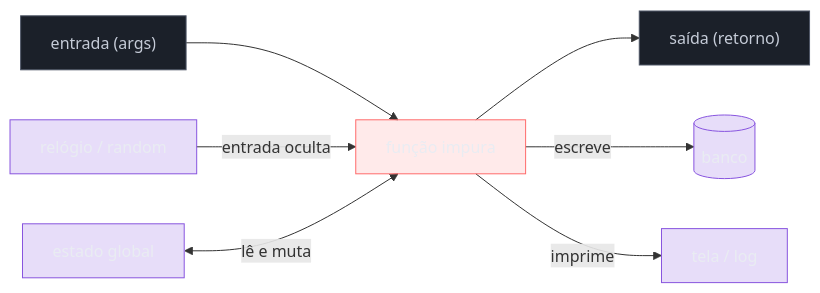
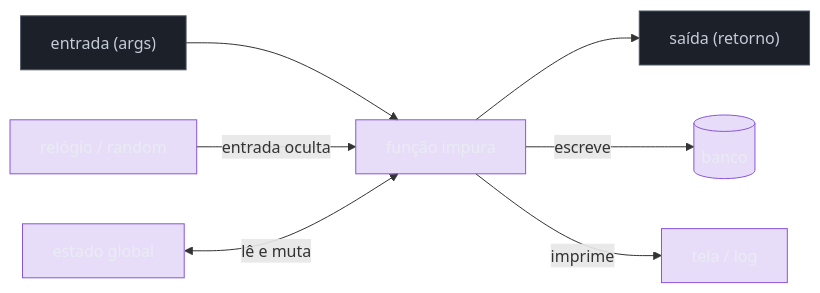
Before and after one commit to josenaldo/codex-technomanticus: the second of 4 diagrams in 03-Dominios/Ciência/Paradigmas/07 - Funções puras e efeitos colaterais.md, drawn with Mermaid. The commit also changed other lines of this file and 601 other files, not shown here.

````diff
--- a/03-Dominios/Ciência/Paradigmas/07 - Funções puras e efeitos colaterais.md
+++ b/03-Dominios/Ciência/Paradigmas/07 - Funções puras e efeitos colaterais.md
@@ -97,20 +97,19 @@
 ```mermaid
 flowchart LR
-    classDef falha fill:#FF6B6B24,stroke:#FF6B6B,color:#E9ECF2
     classDef neutro fill:#1B2029,stroke:#4E5666,color:#C6CCD8
     classDef marca fill:#8855DF33,stroke:#8855DF,color:#E9ECF2
     A["entrada (args)"] --> F["função impura"]
     F --> B["saída (retorno)"]
     F -->|escreve| DB[("banco")]
     F -->|imprime| IO["tela / log"]
     REL["relógio / random"] -->|entrada oculta| F
     G["estado global"] <-->|lê e muta| F
 
-    class F falha
+    class F marca
     class A neutro
     class B neutro
     class DB marca
     class IO marca
     class REL marca
     class G marca
 ```
````
